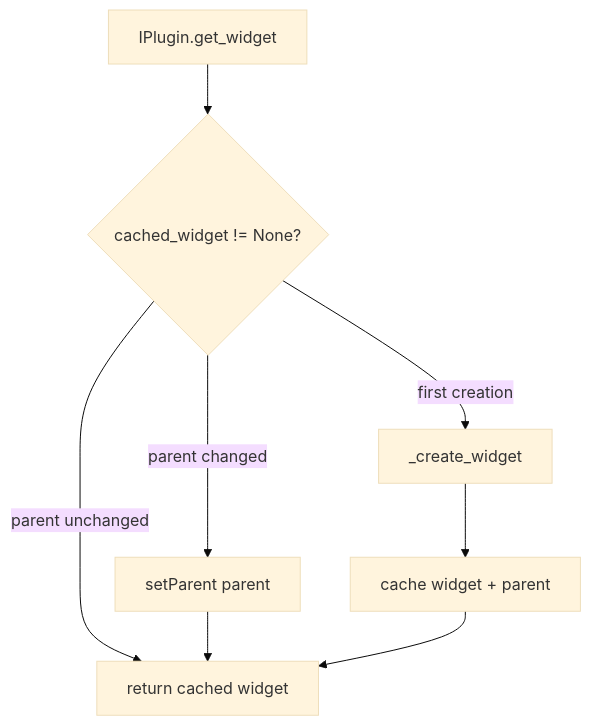
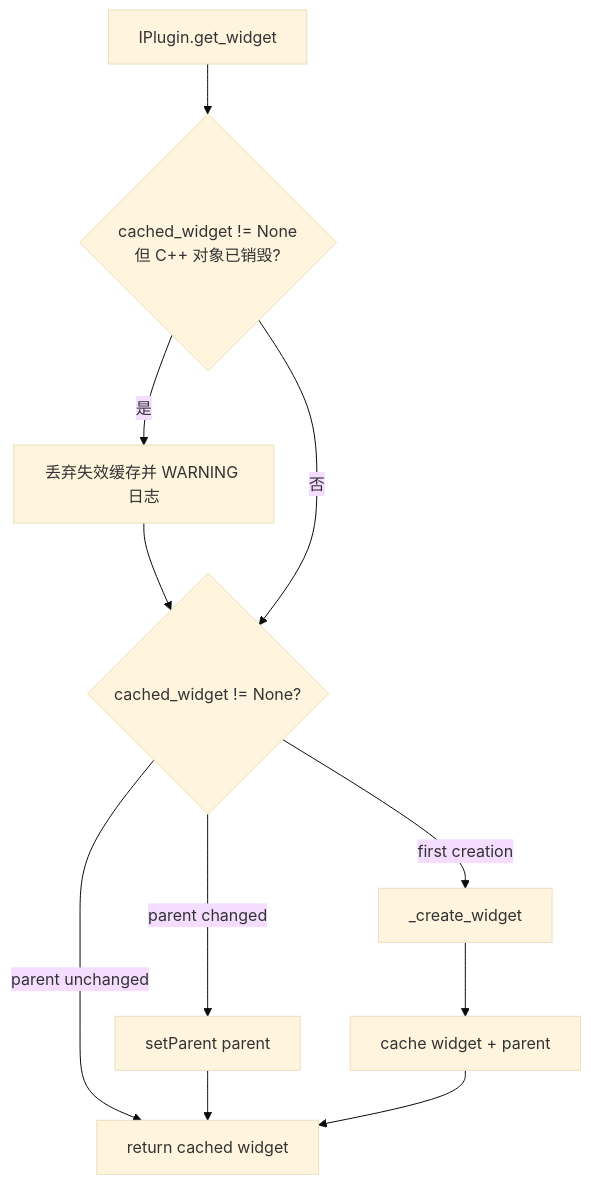
The fourth of 14 diagrams in docs/architecture/full-analysis.md (KKPIP-Tech/InstructionX), drawn with Mermaid (base theme) before and after one commit. The commit also changed other lines of this file and 3 other files, not shown here.

First line of the commit message:
fix(plugin): 修复插件缓存控件被销毁后 get_widget 复用失效对象导致崩溃的问题

````diff
--- a/docs/architecture/full-analysis.md
+++ b/docs/architecture/full-analysis.md
@@ -417,10 +417,13 @@
 ```mermaid
 flowchart TD
-    A[IPlugin.get_widget] --> B{cached_widget != None?}
+    A[IPlugin.get_widget] --> G{cached_widget != None<br>但 C++ 对象已销毁?}
+    G -->|是| H[丢弃失效缓存并 WARNING 日志]
+    H --> B{cached_widget != None?}
+    G -->|否| B
     B -->|"parent unchanged"| C[return cached widget]
     B -->|"parent changed"| D[setParent parent]
     D --> C
     B -->|"first creation"| E[_create_widget]
     E --> F[cache widget + parent]
     F --> C
 ```
````
